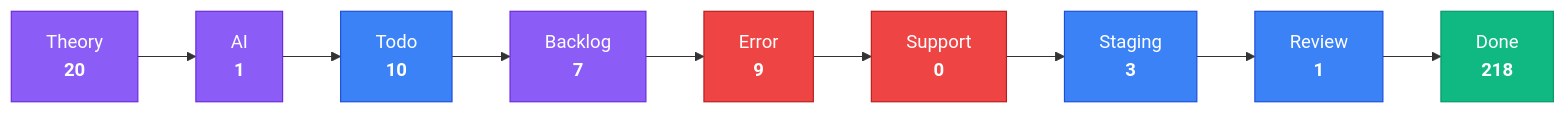
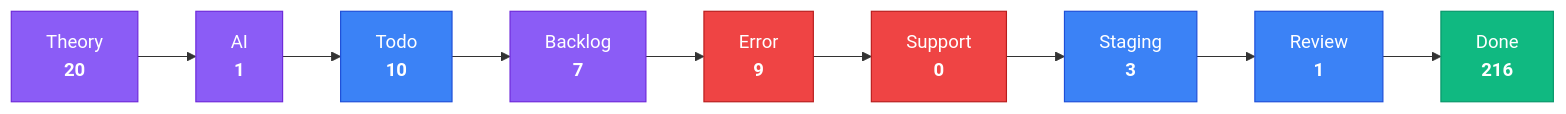
The third of 4 diagrams in apps/kbve/astro-kbve/src/content/docs/dashboard/kanban-data.mdx (KBVE/kbve), drawn with Mermaid before and after one commit. The commit also changed other lines of this file and 8 other files, not shown here.

````diff
--- a/apps/kbve/astro-kbve/src/content/docs/dashboard/kanban-data.mdx
+++ b/apps/kbve/astro-kbve/src/content/docs/dashboard/kanban-data.mdx
@@ -80,28 +80,28 @@
 ```mermaid
 flowchart LR
     classDef planning fill:#8b5cf6,stroke:#6d28d9,color:#fff
     classDef active fill:#3b82f6,stroke:#1d4ed8,color:#fff
     classDef blocked fill:#ef4444,stroke:#b91c1c,color:#fff
     classDef done fill:#10b981,stroke:#059669,color:#fff
     Theory["Theory<br/><strong>20</strong>"]
     Theory --> AI
     AI["AI<br/><strong>1</strong>"]
     AI --> Todo
     Todo["Todo<br/><strong>10</strong>"]
     Todo --> Backlog
     Backlog["Backlog<br/><strong>7</strong>"]
     Backlog --> Error
     Error["Error<br/><strong>9</strong>"]
     Error --> Support
     Support["Support<br/><strong>0</strong>"]
     Support --> Staging
     Staging["Staging<br/><strong>3</strong>"]
     Staging --> Review
     Review["Review<br/><strong>1</strong>"]
     Review --> Done
-    Done["Done<br/><strong>218</strong>"]
+    Done["Done<br/><strong>216</strong>"]
     class Theory,AI,Backlog planning
     class Todo,Staging,Review active
     class Error,Support blocked
     class Done done
 ```
````
